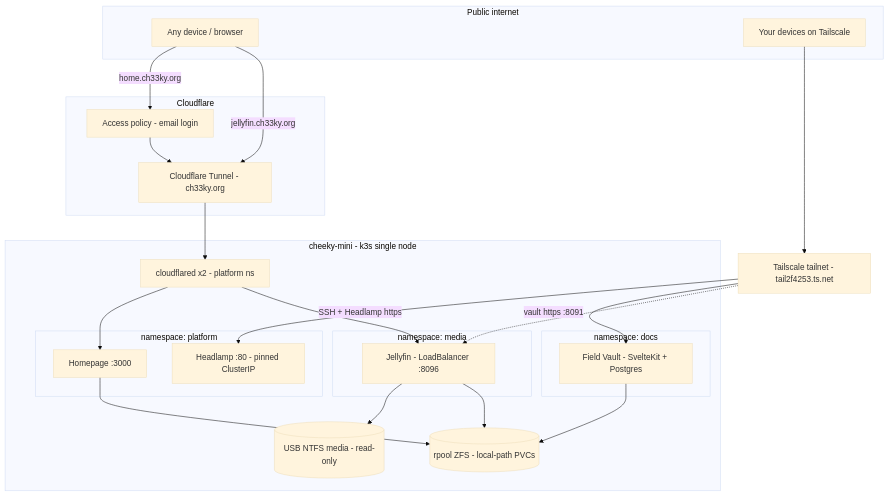
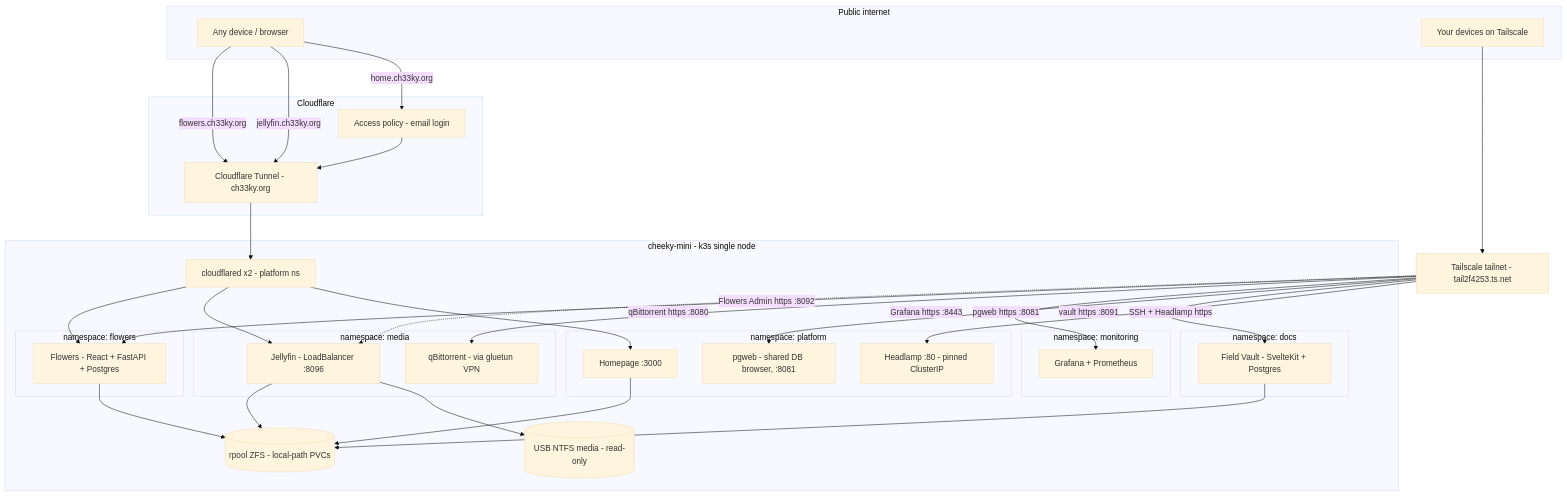
Before and after one commit to rj-1234/homelab: the diagram in README.md, drawn with Mermaid (base theme). The commit also changed other lines of this file and 8 other files, not shown here.

First line of the commit message:
feat(platform): consolidate pgweb into one shared instance, refresh docs

````diff
--- a/README.md
+++ b/README.md
@@ -30,44 +33,59 @@
 ```mermaid
 flowchart TB
     subgraph internet [Public internet]
         user[Any device / browser]
         phone[Your devices on Tailscale]
     end
 
     subgraph cf [Cloudflare]
         access[Access policy - email login]
         tunnel[Cloudflare Tunnel - ch33ky.org]
     end
 
     ts[Tailscale tailnet - tail2f4253.ts.net]
 
     subgraph node [cheeky-mini - k3s single node]
         cfd[cloudflared x2 - platform ns]
         subgraph media [namespace: media]
             jelly[Jellyfin - LoadBalancer :8096]
+            qbit[qBittorrent - via gluetun VPN]
         end
         subgraph platform [namespace: platform]
             home[Homepage :3000]
             head[Headlamp :80 - pinned ClusterIP]
+            pgweb[pgweb - shared DB browser, :8081]
         end
         subgraph docs [namespace: docs]
             vault[Field Vault - SvelteKit + Postgres]
+        end
+        subgraph flowers [namespace: flowers]
+            flow[Flowers - React + FastAPI + Postgres]
+        end
+        subgraph monitoring [namespace: monitoring]
+            graf[Grafana + Prometheus]
         end
         usb[(USB NTFS media - read-only)]
         zfs[(rpool ZFS - local-path PVCs)]
     end
 
     user -->|home.ch33ky.org| access --> tunnel
     user -->|jellyfin.ch33ky.org| tunnel
+    user -->|flowers.ch33ky.org| tunnel
     tunnel --> cfd
     cfd --> home
     cfd --> jelly
+    cfd --> flow
     phone --> ts
     ts -->|SSH + Headlamp https| head
     ts -->|vault https :8091| vault
+    ts -->|pgweb https :8081| pgweb
+    ts -->|Grafana https :8443| graf
+    ts -->|qBittorrent https :8080| qbit
+    ts -->|Flowers Admin https :8092| flow
     ts -.-> jelly
     vault --> zfs
+    flow --> zfs
     jelly --> usb
     jelly --> zfs
     home --> zfs
 ```
````
